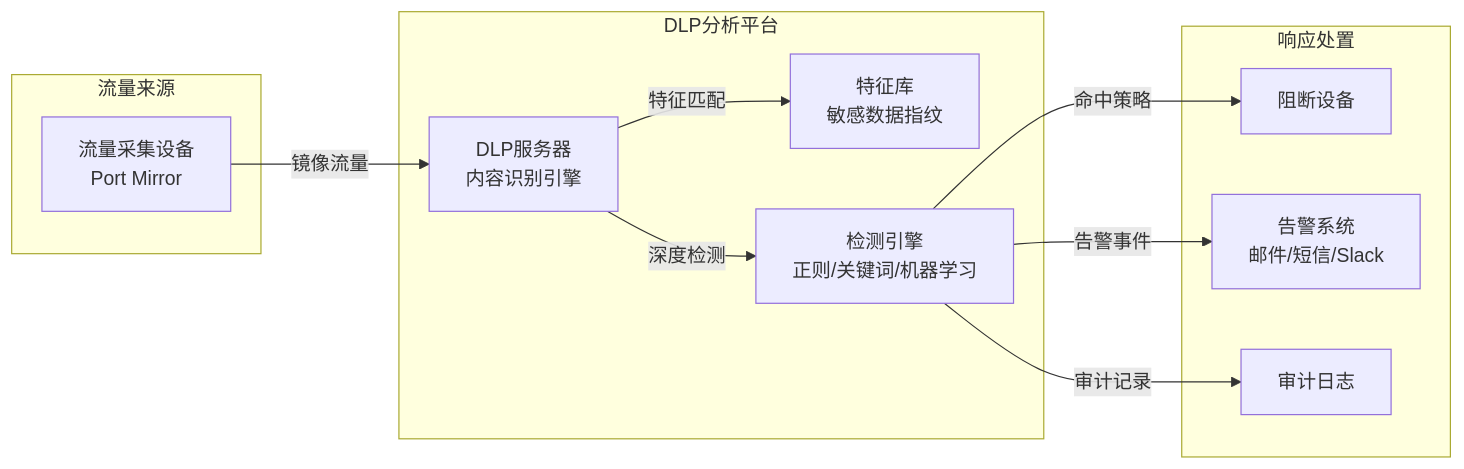
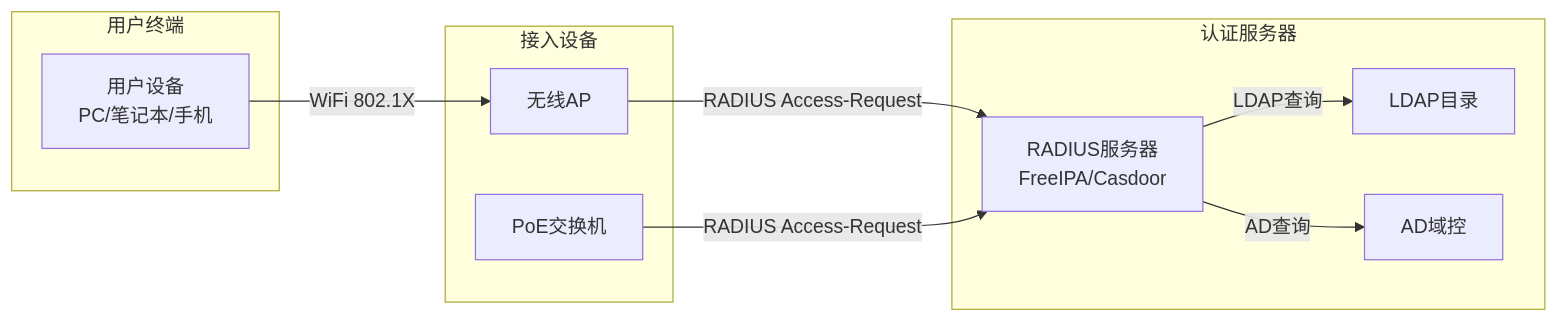
One commit to stars-labs/full-it-infra-design-docs changed the second of 3 diagrams in docs/network-architecture.md. Above: the diagram before and after it, drawn with Mermaid. The commit also changed other lines of this file, not shown here.

Commit message:
Simplify network architecture for 50-person company: RADIUS auth, WiFi-first, simplified topology

````diff
--- a/docs/network-architecture.md
+++ b/docs/network-architecture.md
@@ -295,25 +95,23 @@
 ```mermaid
 graph LR
-    subgraph "流量来源"
-        TAP[流量采集设备<br/>Port Mirror]
+    subgraph "用户终端"
+        USER[用户设备<br/>PC/笔记本/手机]
     end
 
-    subgraph "DLP分析平台"
-        DLP[DLP服务器<br/>内容识别引擎]
-        DB[特征库<br/>敏感数据指纹]
-        ENGINE[检测引擎<br/>正则/关键词/机器学习]
+    subgraph "接入设备"
+        AP[无线AP]
+        SWITCH[PoE交换机]
     end
 
-    subgraph "响应处置"
-        BLOCK[阻断设备<br///防火墙联动]
-        ALERT[告警系统<br/>邮件/短信/Slack]
-        LOG[审计日志<br///合规留存]
+    subgraph "认证服务器"
+        RADIUS[RADIUS服务器<br/>FreeIPA/Casdoor]
+        LDAP[LDAP目录]
+        AD[AD域控]
     end
 
-    TAP -->|镜像流量| DLP
-    DLP -->|特征匹配| DB
-    DLP -->|深度检测| ENGINE
-    ENGINE -->|命中策略| BLOCK
-    ENGINE -->|告警事件| ALERT
-    ENGINE -->|审计记录| LOG
+    USER -->|WiFi 802.1X| AP
+    AP -->|RADIUS Access-Request| RADIUS
+    SWITCH -->|RADIUS Access-Request| RADIUS
+    RADIUS -->|LDAP查询| LDAP
+    RADIUS -->|AD查询| AD
 ```
````
